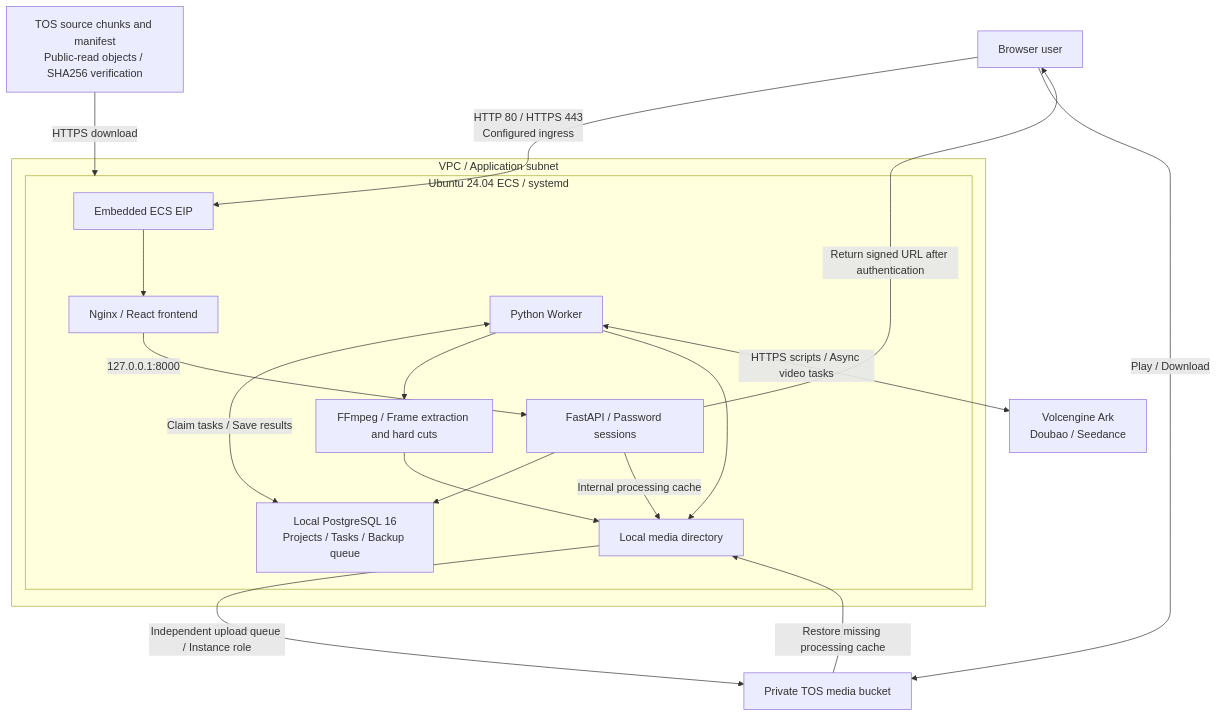
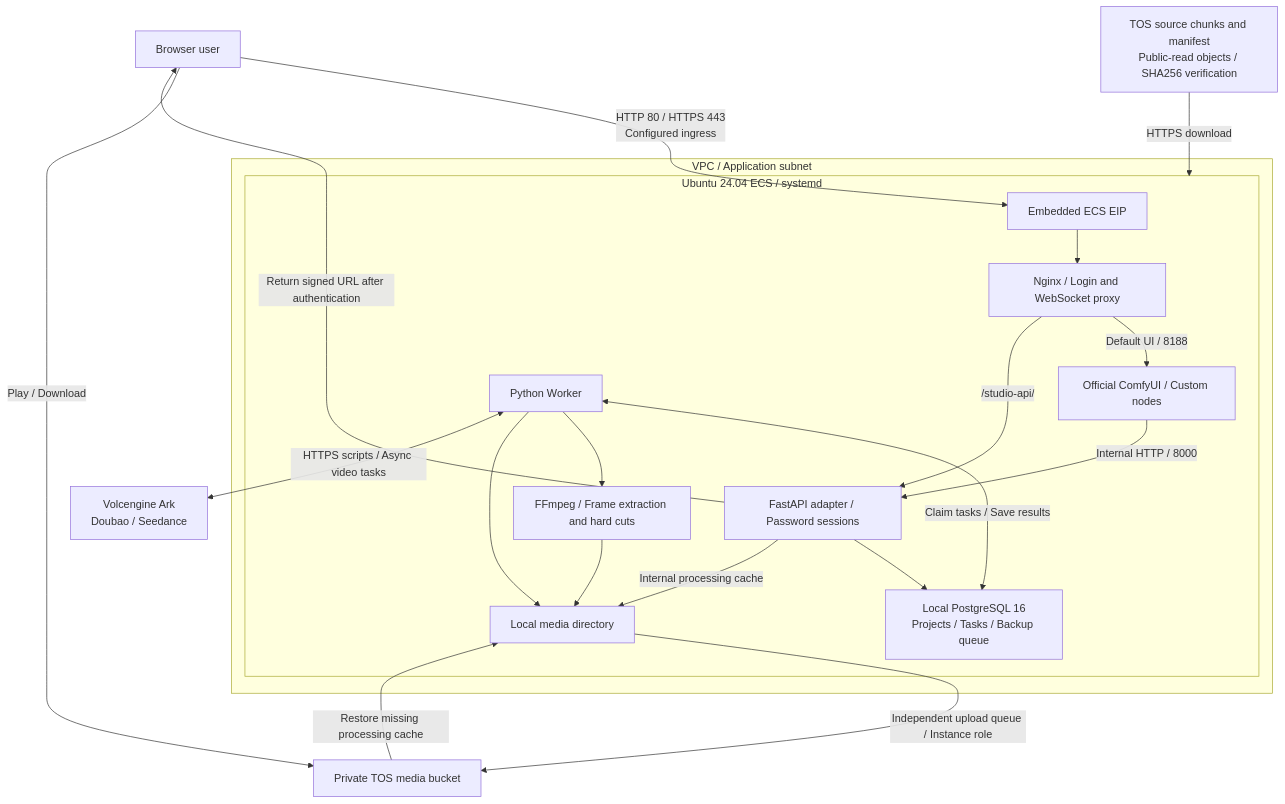
The diagram in README.md (terraform-volcenginecc-modules/terraform-volcenginecc-ai-script-video-agent), drawn with Mermaid before and after one commit. The commit also changed other lines of this file and 59 other files, not shown here.

````diff
--- a/README.md
+++ b/README.md
@@ -24,22 +24,24 @@
 ```mermaid
 flowchart TB
   User["Browser user"] -->|"HTTP 80 / HTTPS 443<br/>Configured ingress"| EIP["Embedded ECS EIP"]
   subgraph VPC["VPC / Application subnet"]
     subgraph ECS["Ubuntu 24.04 ECS / systemd"]
-      EIP --> Nginx["Nginx / React frontend"]
-      Nginx -->|"127.0.0.1:8000"| API["FastAPI / Password sessions"]
+      EIP --> Nginx["Nginx / Login and WebSocket proxy"]
+      Nginx -->|"Default UI / 8188"| Comfy["Official ComfyUI / Custom nodes"]
+      Comfy -->|"Internal HTTP / 8000"| API["FastAPI adapter / Password sessions"]
+      Nginx -->|"/studio-api/"| API
       API --> PG["Local PostgreSQL 16<br/>Projects / Tasks / Backup queue"]
       Worker["Python Worker"] <-->|"Claim tasks / Save results"| PG
       Worker --> FFmpeg["FFmpeg / Frame extraction and hard cuts"]
       FFmpeg --> Media["Local media directory"]
       Worker --> Media
       API -->|"Internal processing cache"| Media
     end
   end
   Worker <-->|"HTTPS scripts / Async video tasks"| Ark["Volcengine Ark<br/>Doubao / Seedance"]
   Media -->|"Independent upload queue / Instance role"| TOS["Private TOS media bucket"]
   API -->|"Return signed URL after authentication"| User
   User -->|"Play / Download"| TOS
   TOS -->|"Restore missing processing cache"| Media
   Source["TOS source chunks and manifest<br/>Public-read objects / SHA256 verification"] -->|"HTTPS download"| ECS
 ```
````
